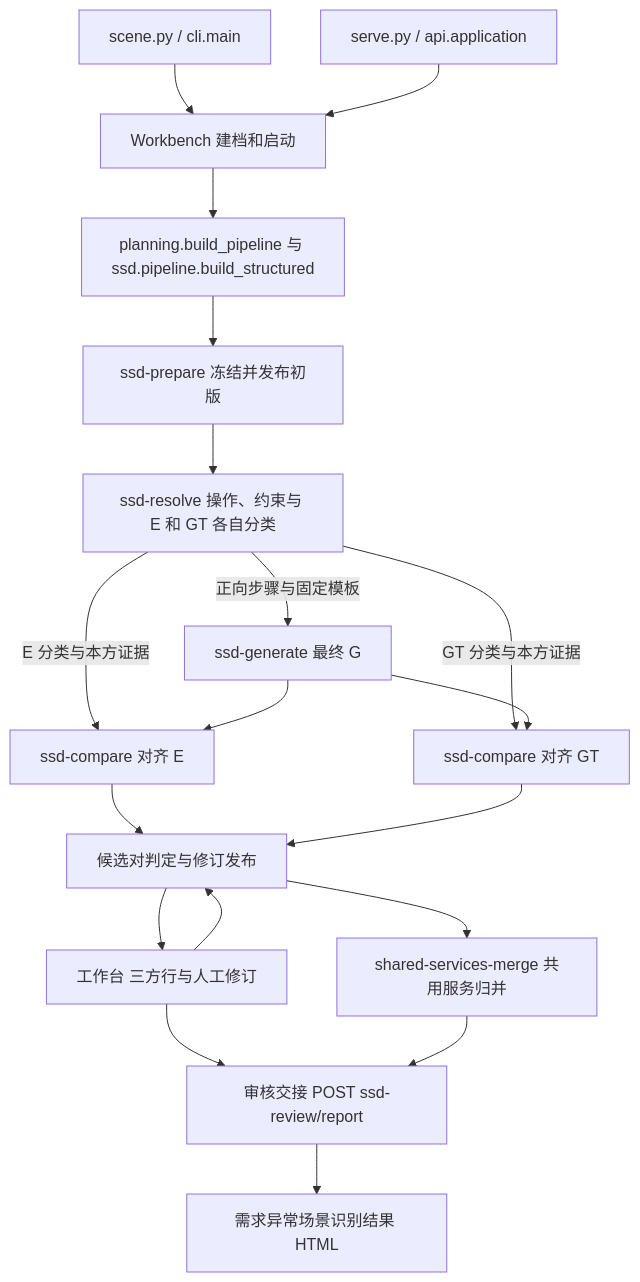
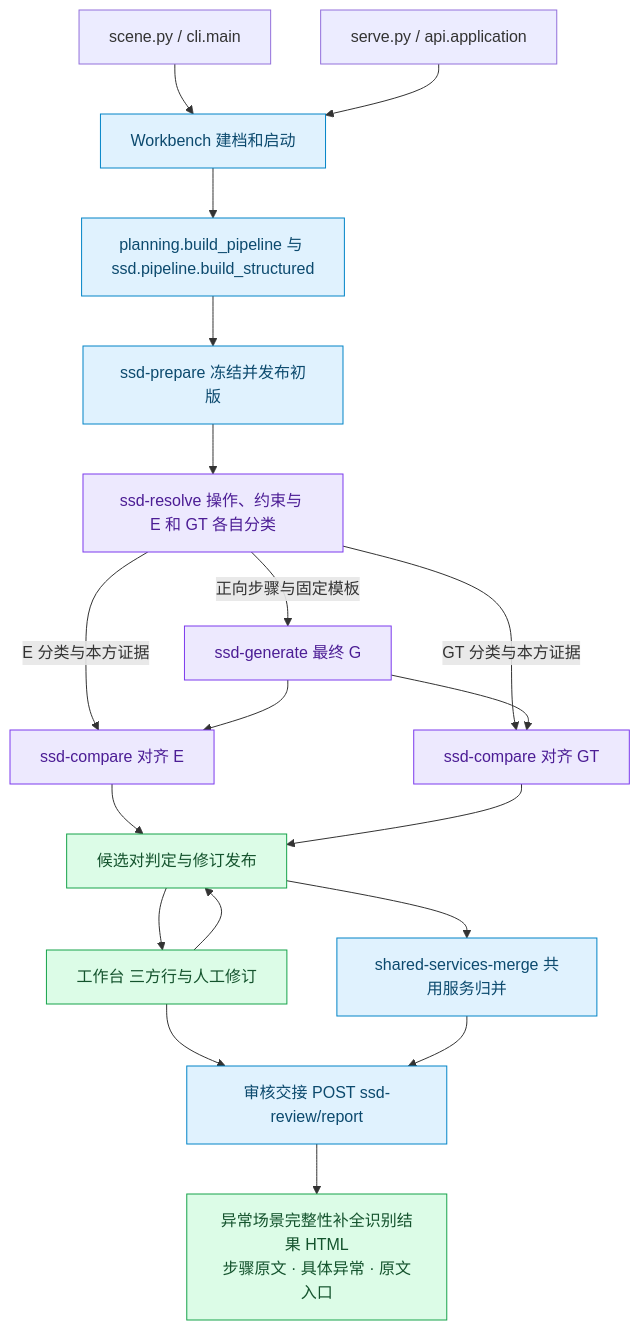
The second of 2 diagrams in docs/architecture/ssd-walkthrough.md (Yangkailiang1/Scene_Completion), drawn with Mermaid before and after one commit. The commit also changed other lines of this file and 13 other files, not shown here.

````diff
--- a/docs/architecture/ssd-walkthrough.md
+++ b/docs/architecture/ssd-walkthrough.md
@@ -73,21 +82,28 @@
 ```mermaid
 flowchart TD
     CLI[scene.py / cli.main] --> APP[Workbench 建档和启动]
     HTTP[serve.py / api.application] --> APP
     APP --> P[planning.build_pipeline 与 ssd.pipeline.build_structured]
     P --> PRE[ssd-prepare 冻结并发布初版]
     PRE --> RES[ssd-resolve 操作、约束与 E 和 GT 各自分类]
     RES -->|正向步骤与固定模板| G[ssd-generate 最终 G]
     RES -->|E 分类与本方证据| CE[ssd-compare 对齐 E]
     RES -->|GT 分类与本方证据| CT[ssd-compare 对齐 GT]
     G --> CE
     G --> CT
     CE --> PUB[候选对判定与修订发布]
     CT --> PUB
     PUB --> SS[shared-services-merge 共用服务归并]
     PUB --> UI[工作台 三方行与人工修订]
     UI --> PUB
     UI --> REPORT[审核交接 POST ssd-review/report]
     SS --> REPORT
-    REPORT --> HTML[需求异常场景识别结果 HTML]
+    REPORT --> HTML["异常场景完整性补全识别结果 HTML<br/>步骤原文 · 具体异常 · 原文入口"]
+
+    classDef script fill:#e0f2fe,stroke:#0284c7,color:#0c4a6e
+    classDef semantic fill:#ede9fe,stroke:#7c3aed,color:#4c1d95
+    classDef result fill:#dcfce7,stroke:#16a34a,color:#14532d
+    class APP,P,PRE,SS,REPORT script
+    class RES,G,CE,CT semantic
+    class PUB,UI,HTML result
 ```
````
